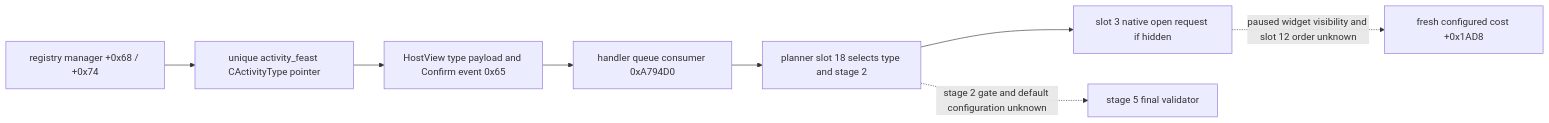
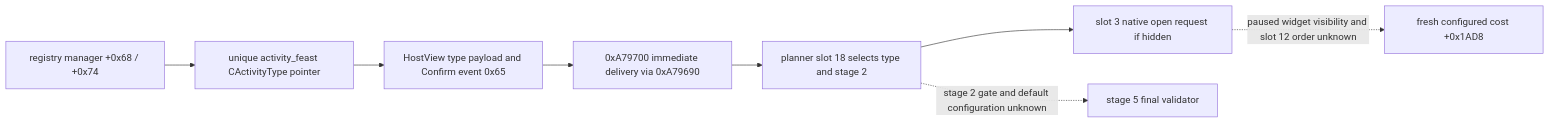
The fourth of 5 diagrams in docs/ck3-native-ai/activity-planning-semantic-seam-1.19.0.6.md (XenoAmess/ck3_eternal_recurrence), drawn with Mermaid before and after one commit. The commit also changed other lines of this file and 7 other files, not shown here.

````diff
--- a/docs/ck3-native-ai/activity-planning-semantic-seam-1.19.0.6.md
+++ b/docs/ck3-native-ai/activity-planning-semantic-seam-1.19.0.6.md
@@ -475,10 +480,10 @@
 ```mermaid
 flowchart LR
     K[registry manager +0x68 / +0x74] --> T[unique activity_feast CActivityType pointer]
     T --> H[HostView type payload and Confirm event 0x65]
-    H --> Q[handler queue consumer 0xA794D0]
+    H --> Q[0xA79700 immediate delivery via 0xA79690]
     Q --> S[planner slot 18 selects type and stage 2]
     S --> O[slot 3 native open request if hidden]
     O -. paused widget visibility and slot 12 order unknown .-> C[fresh configured cost +0x1AD8]
     S -. stage 2 gate and default configuration unknown .-> V[stage 5 final validator]
 ```
````
